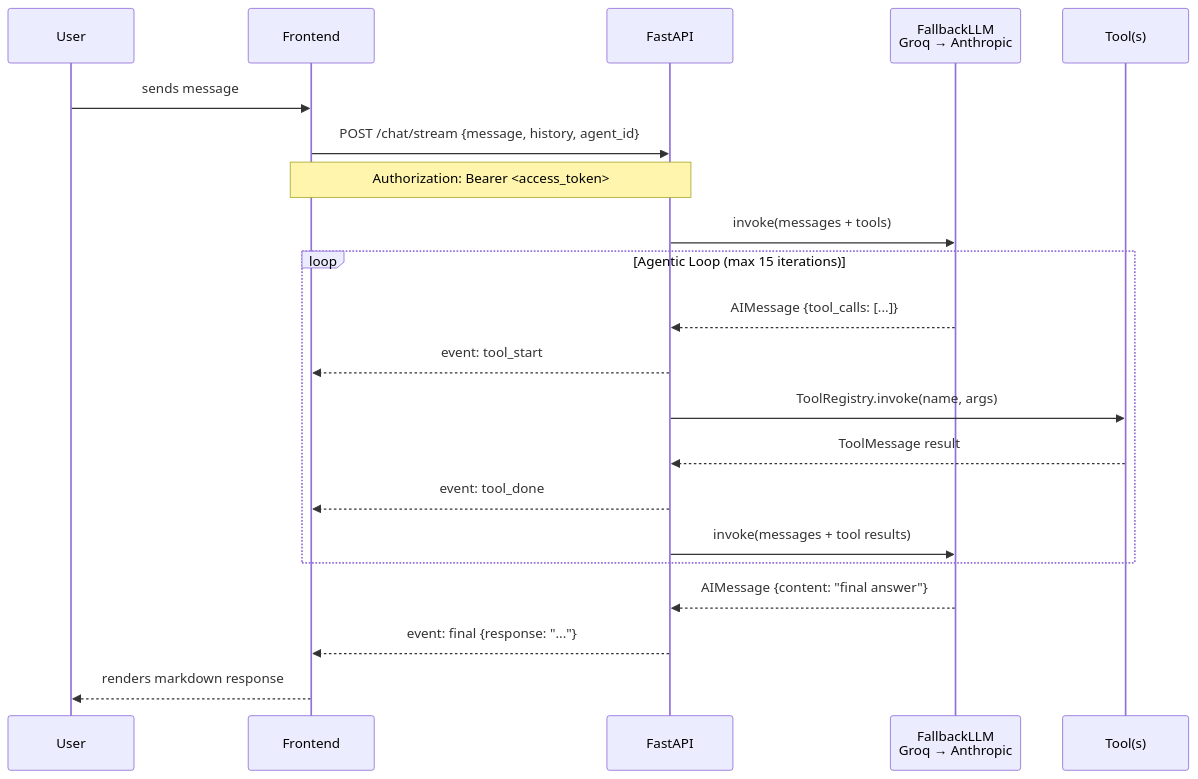
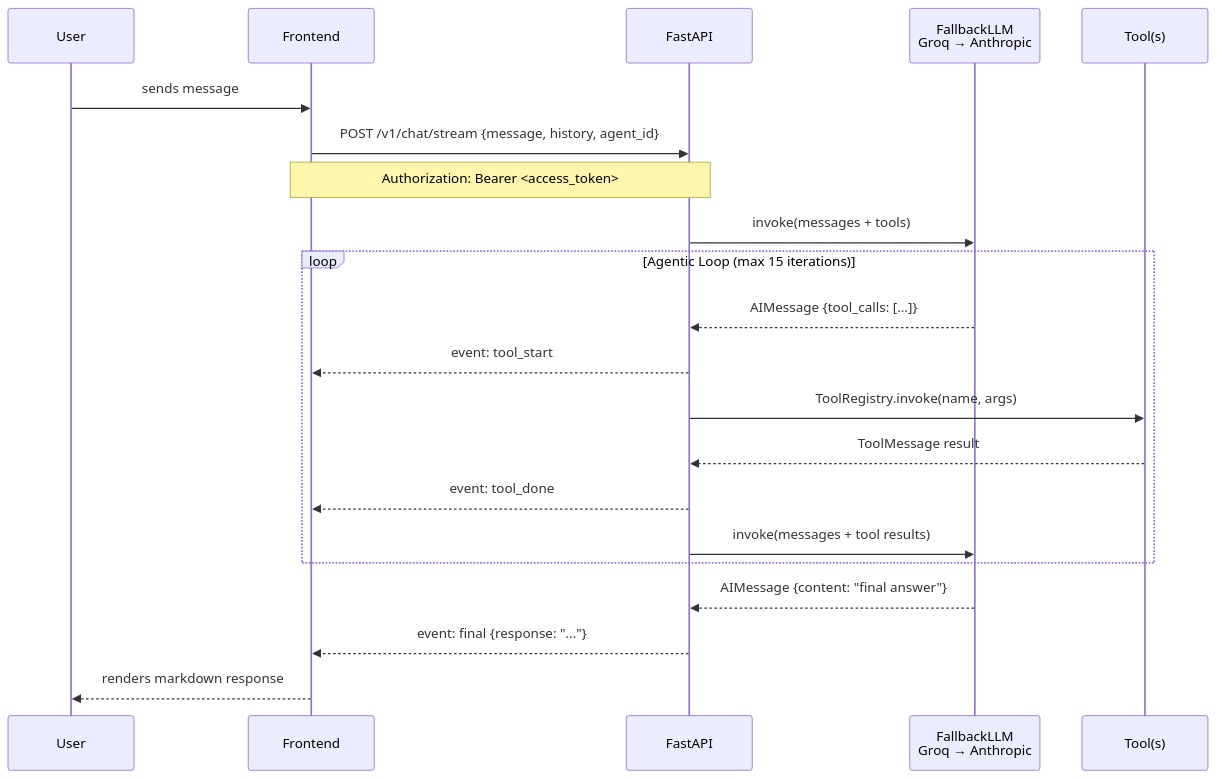
The third of 5 diagrams in README.md (aset-platform/ai-agent-ui), drawn with Mermaid before and after one commit. The commit also changed other lines of this file and 116 other files, not shown here.

````diff
--- a/README.md
+++ b/README.md
@@ -164,26 +164,26 @@
 ```mermaid
 sequenceDiagram
     participant U as User
     participant FE as Frontend
     participant BE as FastAPI
     participant LLM as FallbackLLM<br/>Groq → Anthropic
     participant T as Tool(s)
 
     U->>FE: sends message
-    FE->>BE: POST /chat/stream {message, history, agent_id}
+    FE->>BE: POST /v1/chat/stream {message, history, agent_id}
     Note over FE,BE: Authorization: Bearer <access_token>
     BE->>LLM: invoke(messages + tools)
 
     loop Agentic Loop (max 15 iterations)
         LLM-->>BE: AIMessage {tool_calls: [...]}
         BE-->>FE: event: tool_start
         BE->>T: ToolRegistry.invoke(name, args)
         T-->>BE: ToolMessage result
         BE-->>FE: event: tool_done
         BE->>LLM: invoke(messages + tool results)
     end
 
     LLM-->>BE: AIMessage {content: "final answer"}
     BE-->>FE: event: final {response: "..."}
     FE-->>U: renders markdown response
 ```
````
